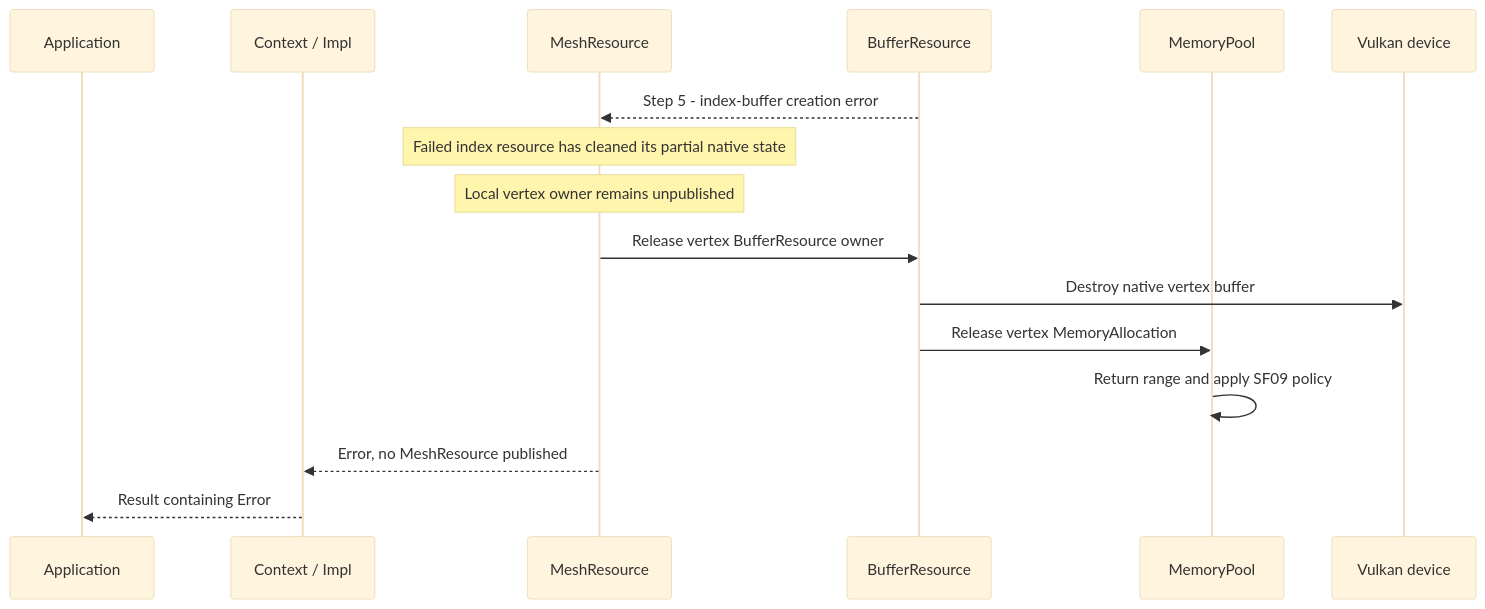
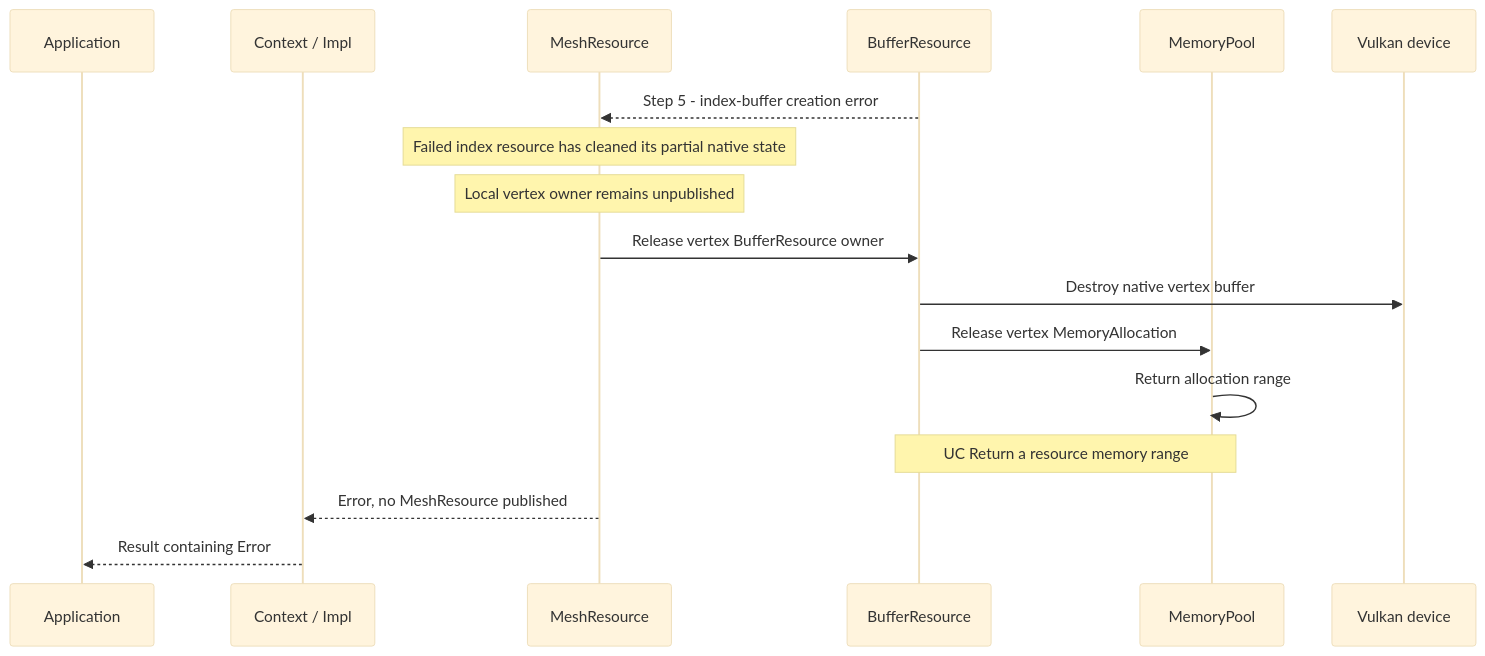
One commit to a-soltysik/Panda changed the second of 2 diagrams in docs/use-cases/create-mesh.md. Above: the diagram before and after it, drawn with Mermaid (base theme). The commit also changed other lines of this file and 23 other files, not shown here.

Commit message:
Align use-case references and document shared upload flows (#82)

````diff
--- a/docs/use-cases/create-mesh.md
+++ b/docs/use-cases/create-mesh.md
@@ -149,18 +148,19 @@
 ```mermaid
 sequenceDiagram
     participant A as Application
     participant C as Context / Impl
     participant M as MeshResource
     participant B as BufferResource
     participant P as MemoryPool
     participant V as Vulkan device
     B -->> M: Step 5 - index-buffer creation error
     Note over M: Failed index resource has cleaned its partial native state
     Note over M: Local vertex owner remains unpublished
     M ->> B: Release vertex BufferResource owner
     B ->> V: Destroy native vertex buffer
     B ->> P: Release vertex MemoryAllocation
-    P ->> P: Return range and apply SF09 policy
+    P ->> P: Return allocation range
+    Note over B,P: UC Return a resource memory range
     M -->> C: Error, no MeshResource published
     C -->> A: Result containing Error
 ```
````
